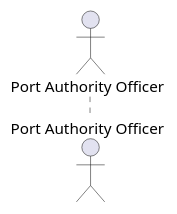
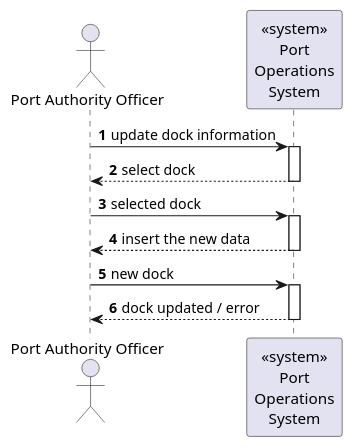
One commit to Departamento-de-Engenharia-Informatica/LEI-SEM5-PI-2025-26-3DK-04 changed the diagram in docs/sprint1/level1/process_view/1230762 - João Monteiro/US 2.2.3/SD_US2.2.3_UPDATE.puml. Above: the diagram before and after it, drawn with PlantUML. The commit also changed 20 other files, not shown here.

```diff
--- a/docs/sprint1/level1/process_view/1230762 - João Monteiro/US 2.2.3/SD_US2.2.3_UPDATE.puml
+++ b/docs/sprint1/level1/process_view/1230762 - João Monteiro/US 2.2.3/SD_US2.2.3_UPDATE.puml
@@ -1,5 +1,21 @@
 @startuml SD_US2.2.3_UPDATE
 autonumber
 actor "Port Authority Officer" as Officer
 
+participant "<<system>>\nPort\nOperations\nSystem" as System
+
+Officer -> System : update dock information
+activate System
+System --> Officer : select dock
+deactivate System
+
+Officer -> System : selected dock
+activate System
+System --> Officer : insert the new data
+deactivate System
+
+Officer -> System : new dock
+activate System
+System --> Officer : dock updated / error
+deactivate System
 @enduml
```
